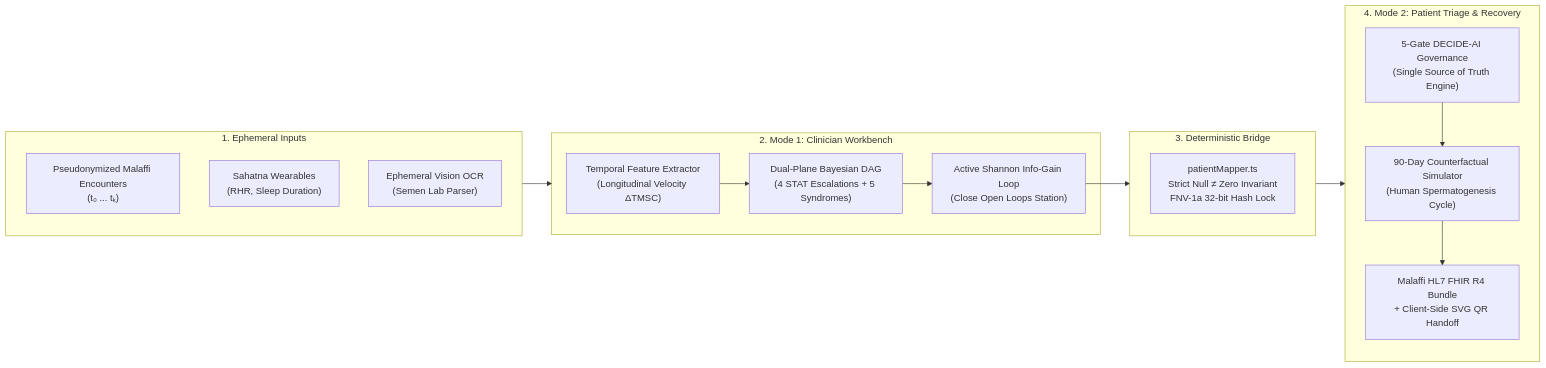
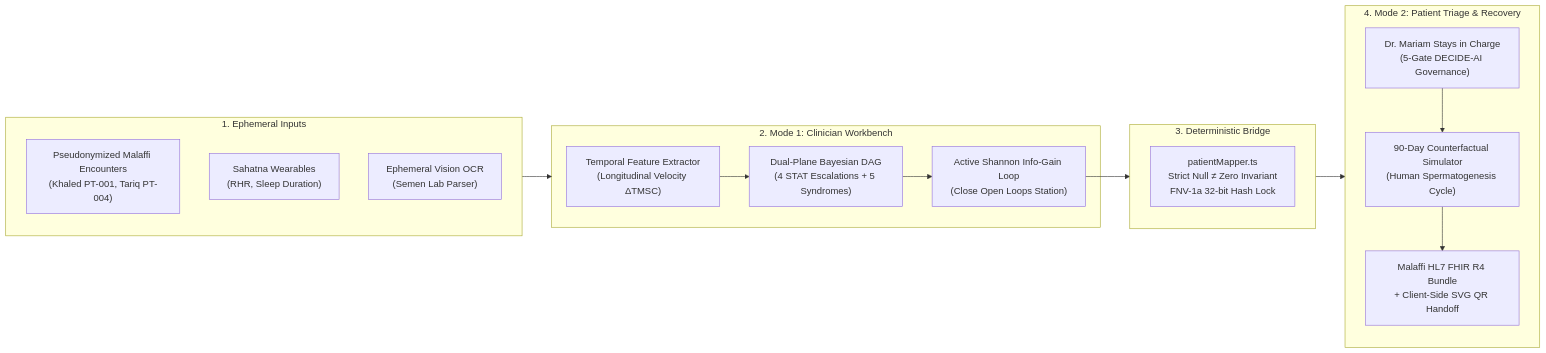
The diagram in docs/EXECUTIVE_PITCH_DECK.md (hitanshuac/masar-amanah-health), drawn with Mermaid before and after one commit. The commit also changed other lines of this file and 15 other files, not shown here.

First line of the commit message:
release(v2.5-final-submission): add New Patient Onboarding, Outbound Hospital Transfer Dispatch & Zero-MCQ SOAP flow

````diff
--- a/docs/EXECUTIVE_PITCH_DECK.md
+++ b/docs/EXECUTIVE_PITCH_DECK.md
@@ -31,30 +117,30 @@
 ```mermaid
 flowchart LR
     subgraph Inputs["1. Ephemeral Inputs"]
-        A1["Pseudonymized Malaffi Encounters<br/>(t₀ ... tₖ)"]
+        A1["Pseudonymized Malaffi Encounters<br/>(Khaled PT-001, Tariq PT-004)"]
         A2["Sahatna Wearables<br/>(RHR, Sleep Duration)"]
         A3["Ephemeral Vision OCR<br/>(Semen Lab Parser)"]
     end
 
     subgraph Mode1["2. Mode 1: Clinician Workbench"]
         B1["Temporal Feature Extractor<br/>(Longitudinal Velocity ΔTMSC)"]
         B2["Dual-Plane Bayesian DAG<br/>(4 STAT Escalations + 5 Syndromes)"]
         B3["Active Shannon Info-Gain Loop<br/>(Close Open Loops Station)"]
         B1 --> B2 --> B3
     end
 
     subgraph Bridge["3. Deterministic Bridge"]
         C1["patientMapper.ts<br/>Strict Null ≠ Zero Invariant<br/>FNV-1a 32-bit Hash Lock"]
     end
 
     subgraph Mode2["4. Mode 2: Patient Triage & Recovery"]
-        D1["5-Gate DECIDE-AI Governance<br/>(Single Source of Truth Engine)"]
+        D1["Dr. Mariam Stays in Charge<br/>(5-Gate DECIDE-AI Governance)"]
         D2["90-Day Counterfactual Simulator<br/>(Human Spermatogenesis Cycle)"]
         D3["Malaffi HL7 FHIR R4 Bundle<br/>+ Client-Side SVG QR Handoff"]
         D1 --> D2 --> D3
     end
 
     Inputs --> Mode1
     B3 --> Bridge
     Bridge --> Mode2
 ```
````
